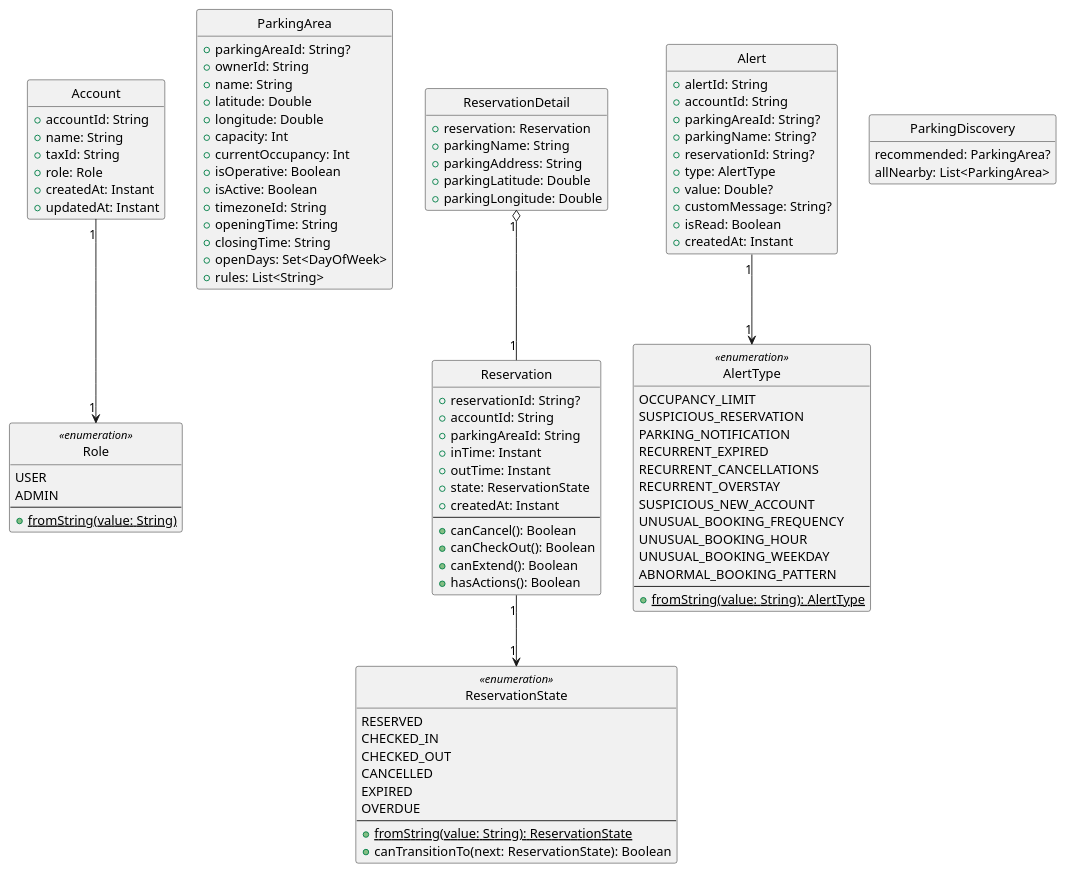
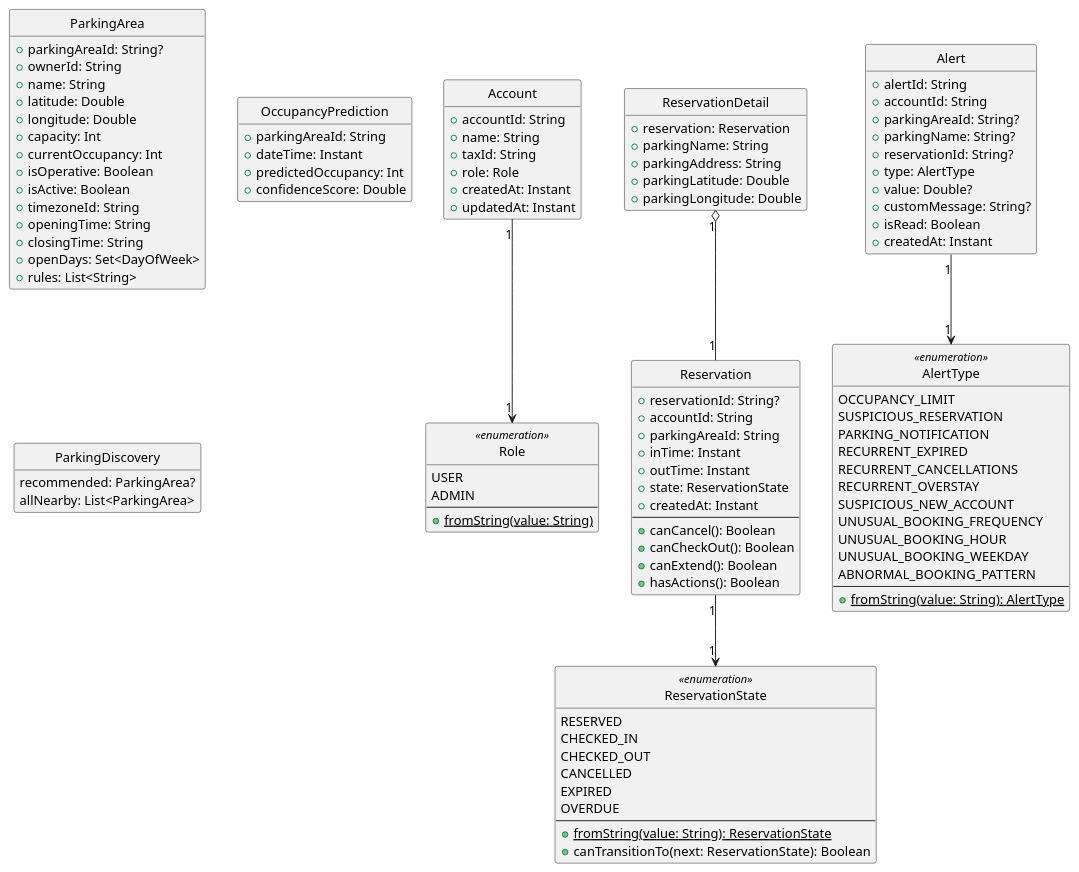
The diagram in docs/diseño/Diagramas de clases/Entidades de dominio.puml (mmmatanza/BikeParkingApp), drawn with PlantUML before and after one commit. The commit also changed 16 other files, not shown here.

```diff
--- a/docs/diseño/Diagramas de clases/Entidades de dominio.puml
+++ b/docs/diseño/Diagramas de clases/Entidades de dominio.puml
@@ -1,111 +1,118 @@
 @startuml domain_entities
 skinparam style strictuml
 skinparam linetype ortho
 hide empty members
 
 class Account {
     + accountId: String
     + name: String
     + taxId: String
     + role: Role
     + createdAt: Instant
     + updatedAt: Instant
 }
 
 enum Role <<enumeration>> {
     USER
     ADMIN
     --
     {static} + fromString(value: String)
 }
 
 class ParkingArea {
     + parkingAreaId: String?
     + ownerId: String
     + name: String
     + latitude: Double
     + longitude: Double
     + capacity: Int
     + currentOccupancy: Int
     + isOperative: Boolean
     + isActive: Boolean
     + timezoneId: String
     + openingTime: String
     + closingTime: String
     + openDays: Set<DayOfWeek>
     + rules: List<String>
 }
 class Reservation {
     + reservationId: String?
     + accountId: String
     + parkingAreaId: String
     + inTime: Instant
     + outTime: Instant
     + state: ReservationState
     + createdAt: Instant
     --
     + canCancel(): Boolean
     + canCheckOut(): Boolean
     + canExtend(): Boolean
     + hasActions(): Boolean
 }
 
 enum ReservationState <<enumeration>> {
     RESERVED
     CHECKED_IN
     CHECKED_OUT
     CANCELLED
     EXPIRED
     OVERDUE
     --
     {static} + fromString(value: String): ReservationState
     + canTransitionTo(next: ReservationState): Boolean
 }
 
 class ReservationDetail {
     + reservation: Reservation
     + parkingName: String
     + parkingAddress: String
     + parkingLatitude: Double
     + parkingLongitude: Double
 }
 
 class Alert {
     + alertId: String
     + accountId: String
     + parkingAreaId: String?
     + parkingName: String?
     + reservationId: String?
     + type: AlertType
     + value: Double?
     + customMessage: String?
     + isRead: Boolean
     + createdAt: Instant
 }
 
+class OccupancyPrediction {
+    + parkingAreaId: String
+    + dateTime: Instant
+    + predictedOccupancy: Int
+    + confidenceScore: Double
+}
+
 enum AlertType <<enumeration>> {
     OCCUPANCY_LIMIT
     SUSPICIOUS_RESERVATION
     PARKING_NOTIFICATION
     RECURRENT_EXPIRED
     RECURRENT_CANCELLATIONS
     RECURRENT_OVERSTAY
     SUSPICIOUS_NEW_ACCOUNT
     UNUSUAL_BOOKING_FREQUENCY
     UNUSUAL_BOOKING_HOUR
     UNUSUAL_BOOKING_WEEKDAY
     ABNORMAL_BOOKING_PATTERN
     --
     {static} + fromString(value: String): AlertType
 }
 
 class ParkingDiscovery{
     recommended: ParkingArea?
     allNearby: List<ParkingArea>
 }
 
 Account "1" --> "1" Role
 Reservation "1" --> "1" ReservationState
 ReservationDetail "1" o-- "1" Reservation
 Alert "1" --> "1" AlertType
 @enduml
```
